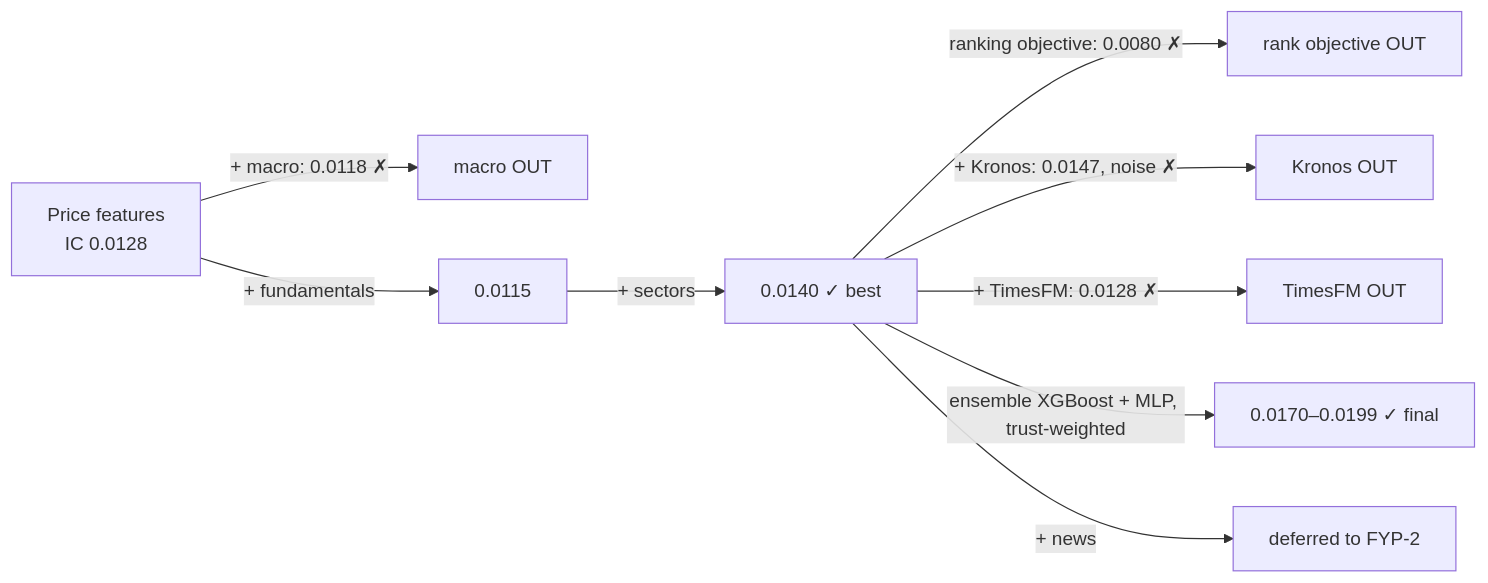
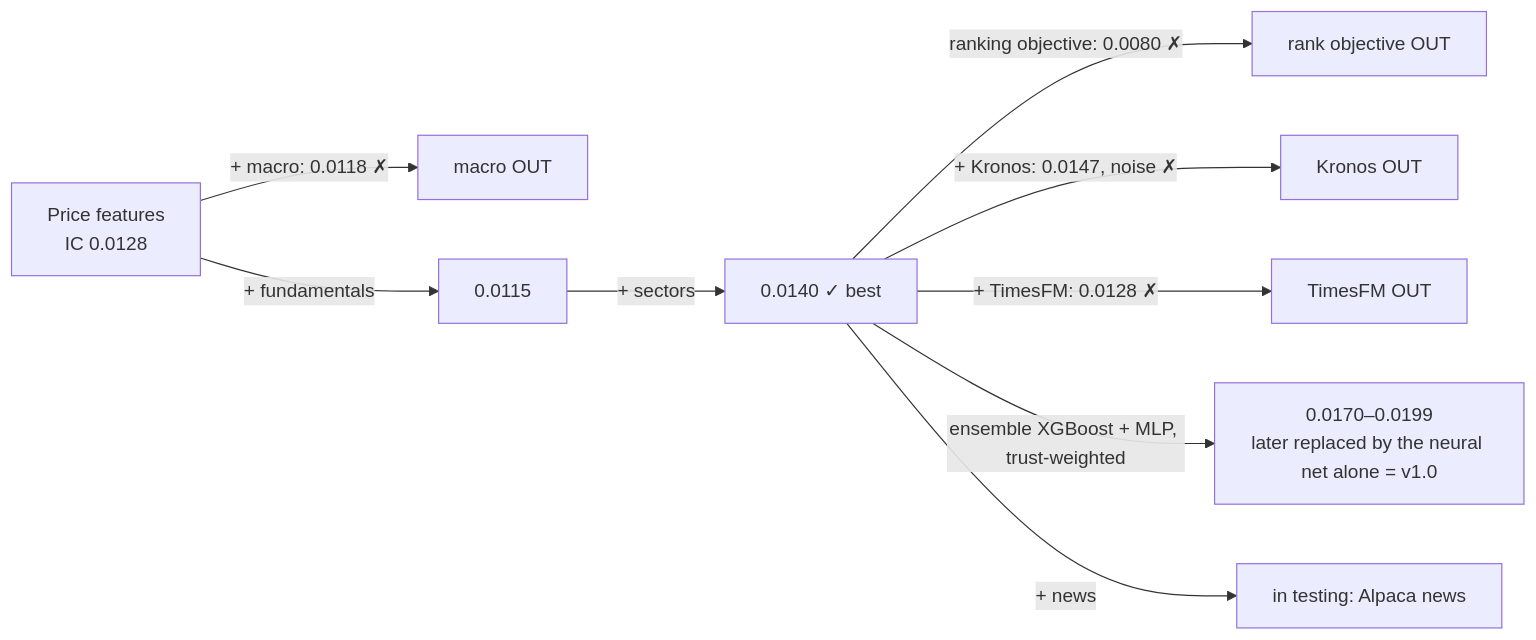
Before and after one commit to Naveed-CoLab/LatticeX: the diagram in docs/decisions.md, drawn with Mermaid. The commit also changed other lines of this file and 71 other files, not shown here.

Commit message:
Daily model, live dashboard, faster Alpaca news download, docs up to date

````diff
--- a/docs/decisions.md
+++ b/docs/decisions.md
@@ -66,11 +70,11 @@
 ```mermaid
 flowchart LR
     A[Price features<br/>IC 0.0128] -->|+ macro: 0.0118 ✗| X1[macro OUT]
     A -->|+ fundamentals| B[0.0115]
     B -->|+ sectors| C[0.0140 ✓ best]
     C -->|ranking objective: 0.0080 ✗| X2[rank objective OUT]
     C -->|+ Kronos: 0.0147, noise ✗| X3[Kronos OUT]
     C -->|+ TimesFM: 0.0128 ✗| X4[TimesFM OUT]
-    C -->|ensemble XGBoost + MLP, trust-weighted| E[0.0170–0.0199 ✓ final]
-    C -->|+ news| P2[deferred to FYP-2]
+    C -->|ensemble XGBoost + MLP, trust-weighted| E[0.0170–0.0199<br/>later replaced by the neural net alone = v1.0]
+    C -->|+ news| P2[in testing: Alpaca news]
 ```
````
